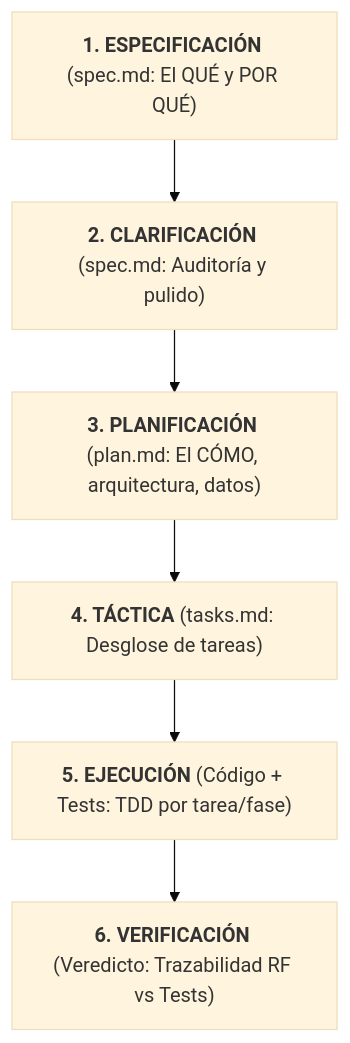
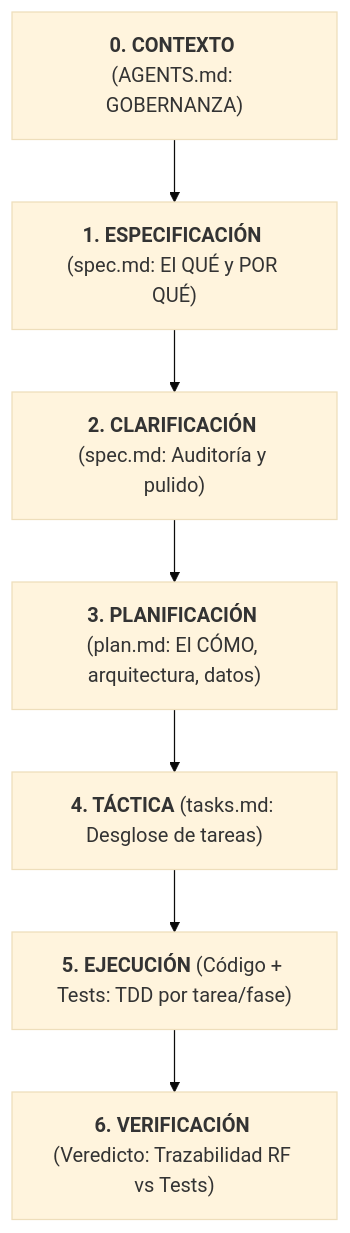
Before and after one commit to walkeralfaro/gvido: the diagram in README.md, drawn with Mermaid (base theme).

````diff
--- a/README.md
+++ b/README.md
@@ -13,16 +13,17 @@
 ```mermaid
 flowchart TD
-    A["<b>0. CONTEXTO</b> (AGENTS.md: GOBERNANZA)"]
+    Z["<b>0. CONTEXTO</b> (AGENTS.md: GOBERNANZA)"]
     A["<b>1. ESPECIFICACIÓN</b> (spec.md: El QUÉ y POR QUÉ)"]
     B["<b>2. CLARIFICACIÓN</b> (spec.md: Auditoría y pulido)"]
     C["<b>3. PLANIFICACIÓN</b> (plan.md: El CÓMO, arquitectura, datos)"]
     D["<b>4. TÁCTICA</b> (tasks.md: Desglose de tareas)"]
     E["<b>5. EJECUCIÓN</b> (Código + Tests: TDD por tarea/fase)"]
     F["<b>6. VERIFICACIÓN</b> (Veredicto: Trazabilidad RF vs Tests)"]
 
+    Z --> A
     A --> B
     B --> C
     C --> D
     D --> E
     E --> F
 ```
````
